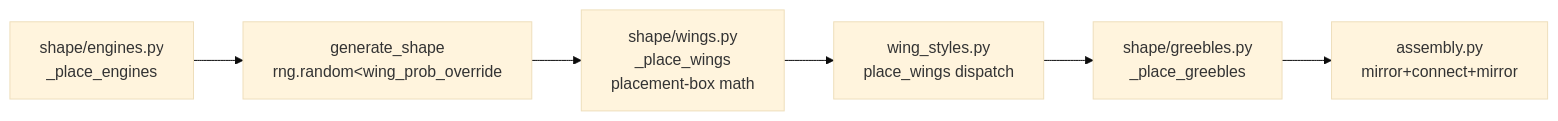
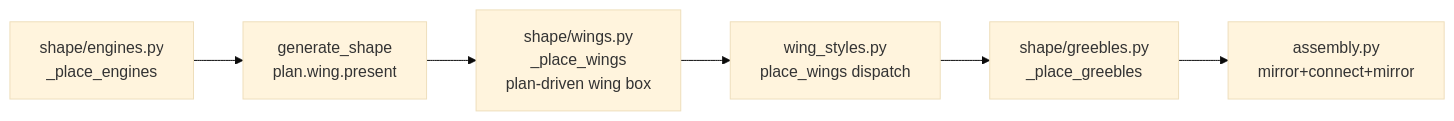
The fifth of 12 diagrams in docs/architecture.md (KazooKat/Spaceship-Generator), drawn with Mermaid (base theme) before and after one commit. The commit also changed other lines of this file and 30 other files, not shown here.

Commit message:
docs: v2 gallery regen, architecture + README updates, lint cleanup

````diff
--- a/docs/architecture.md
+++ b/docs/architecture.md
@@ -501,11 +518,11 @@
 ```mermaid
 flowchart LR
   engines[shape/engines.py<br/>_place_engines]
-  gate[generate_shape<br/>rng.random&lt;wing_prob_override]
-  wings[shape/wings.py<br/>_place_wings<br/>placement-box math]
+  gate[generate_shape<br/>plan.wing.present]
+  wings[shape/wings.py<br/>_place_wings<br/>plan-driven wing box]
   styles[wing_styles.py<br/>place_wings dispatch]
   greebles[shape/greebles.py<br/>_place_greebles]
   mirror[assembly.py<br/>mirror+connect+mirror]
 
   engines --> gate --> wings --> styles --> greebles --> mirror
 ```
````
